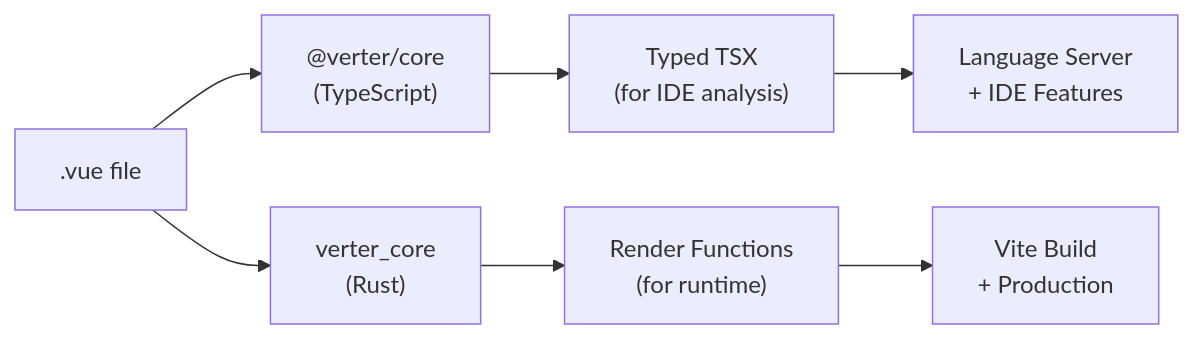
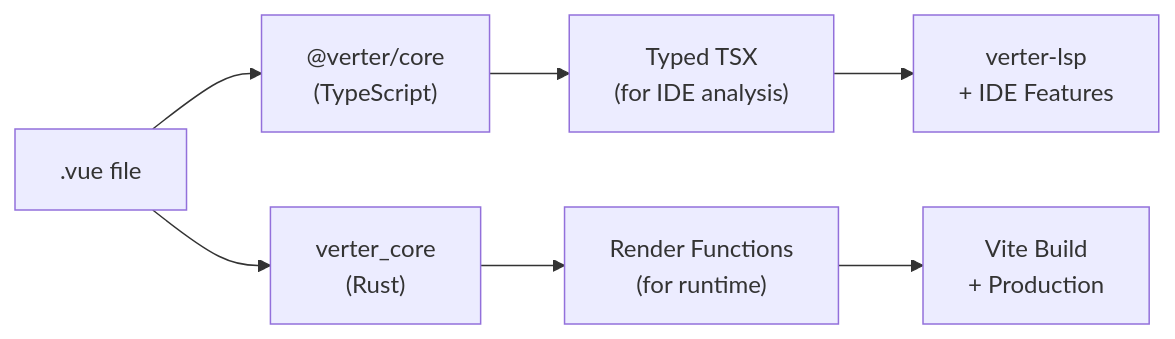
Before and after one commit to pikax/verter: the second of 2 diagrams in readme.md, drawn with Mermaid. The commit also changed other lines of this file and 569 other files, not shown here.

````diff
--- a/readme.md
+++ b/readme.md
@@ -183,9 +182,9 @@
 ```mermaid
 flowchart LR
     SFC[".vue file"] --> TSCore["@verter/core<br/>(TypeScript)"]
     SFC --> RustCompiler["verter_core<br/>(Rust)"]
     TSCore --> TSX["Typed TSX<br/>(for IDE analysis)"]
     RustCompiler --> Render["Render Functions<br/>(for runtime)"]
-    TSX --> LSP["Language Server<br/>+ IDE Features"]
+    TSX --> LSP["verter-lsp<br/>+ IDE Features"]
     Render --> Vite["Vite Build<br/>+ Production"]
 ```
````
